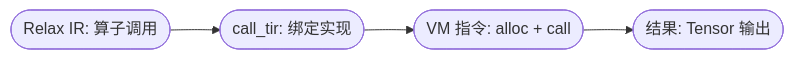
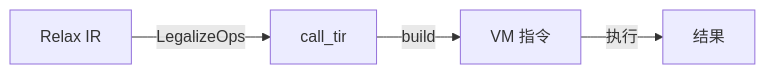
One commit to LudovicoYIN/blog changed the second of 2 diagrams in src/content/posts/tvm-compilation-pipeline.md. Above: the diagram before and after it, drawn with Mermaid.

Commit message:
fix: minimal mermaid LR diagram, remove special chars

````diff
--- a/src/content/posts/tvm-compilation-pipeline.md
+++ b/src/content/posts/tvm-compilation-pipeline.md
@@ -185,6 +185,6 @@
 ```mermaid
 flowchart LR
-    A(["Relax IR: 算子调用"]) --> B(["call_tir: 绑定实现"])
-    B --> C(["VM 指令: alloc + call"])
-    C --> D(["结果: Tensor 输出"])
+    A[Relax IR] -->|LegalizeOps| B[call_tir]
+    B -->|build| C[VM 指令]
+    C -->|执行| D[结果]
 ```
````
